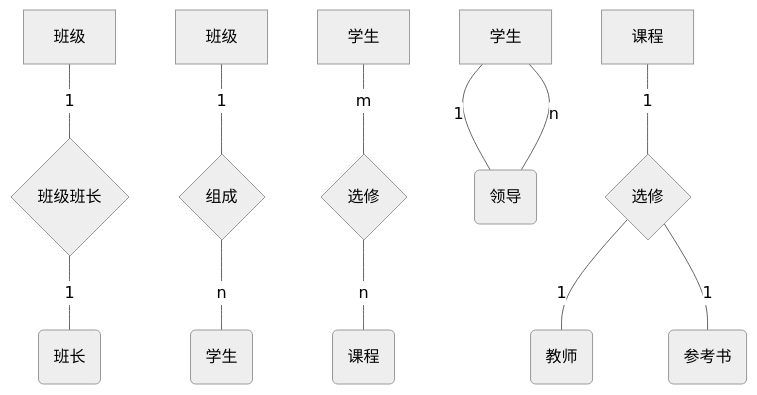
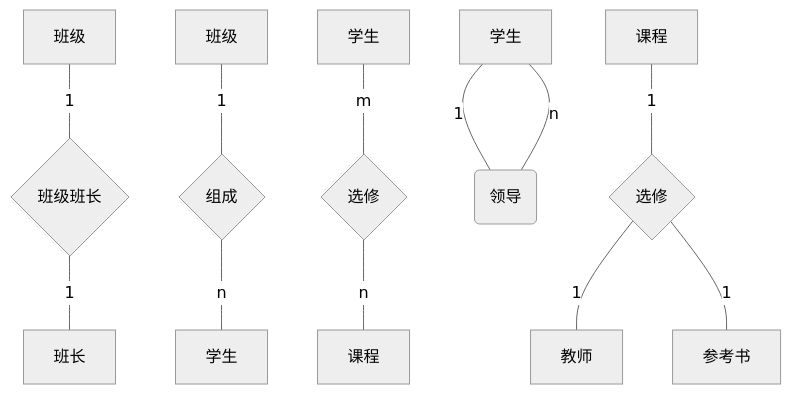
The second of 3 diagrams in README.md (forget-eve/Database-Basics), drawn with Mermaid (neutral theme) before and after one commit. The commit also changed other lines of this file, not shown here.

````diff
--- a/README.md
+++ b/README.md
@@ -206,14 +209,14 @@
 ```mermaid
 graph TD
 A[班级] ---|1| B{班级班长}
-B ---|1| C(班长)
+B ---|1| C[班长]
 D[班级] ---|1| E{组成}
-E ---|n| F(学生)
+E ---|n| F[学生]
 G[学生] ---|m| H{选修}
-H ---|n| I(课程)
+H ---|n| I[课程]
 J[学生] ---|1| K(领导)
 K ---|n| J
 L[课程] ---|1| M{选修}
-M ---|1| N(教师)
-M ---|1| O(参考书)
+M ---|1| N[教师]
+M ---|1| O[参考书]
 ```
````
